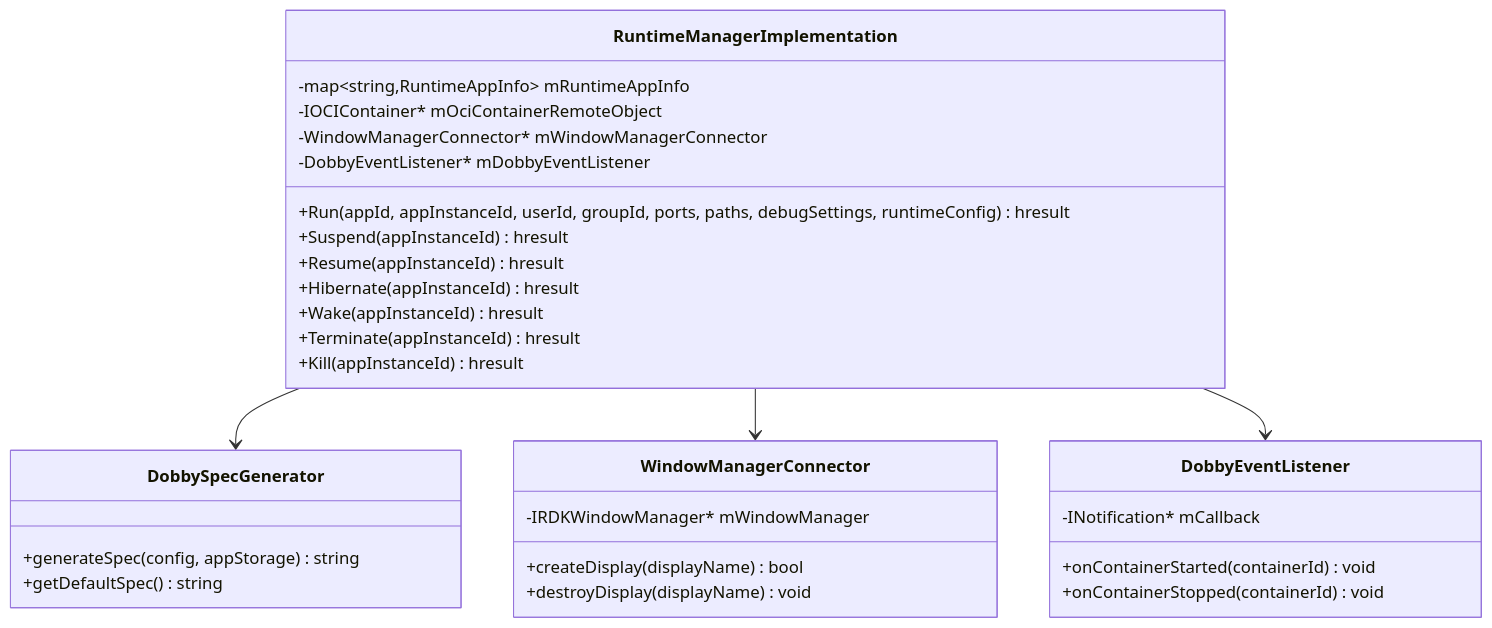
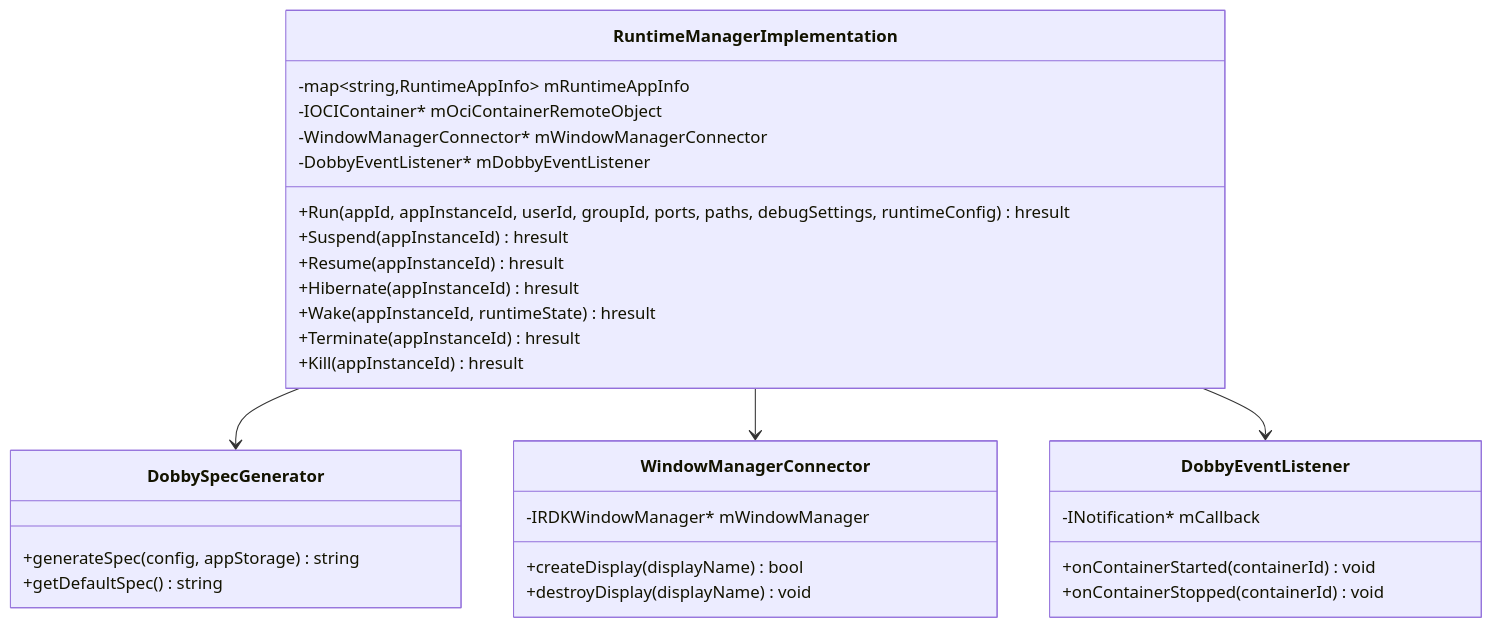
The second of 5 diagrams in RuntimeManager/RuntimeManager.md (rdkcentral/entservices-appmanagers), drawn with Mermaid before and after one commit.

Commit message:
Potential fix for pull request finding

````diff
--- a/RuntimeManager/RuntimeManager.md
+++ b/RuntimeManager/RuntimeManager.md
@@ -64,37 +64,37 @@
 ```mermaid
 classDiagram
     class RuntimeManagerImplementation {
         -map~string,RuntimeAppInfo~ mRuntimeAppInfo
         -IOCIContainer* mOciContainerRemoteObject
         -WindowManagerConnector* mWindowManagerConnector
         -DobbyEventListener* mDobbyEventListener
         +Run(appId, appInstanceId, userId, groupId, ports, paths, debugSettings, runtimeConfig) hresult
         +Suspend(appInstanceId) hresult
         +Resume(appInstanceId) hresult
         +Hibernate(appInstanceId) hresult
-        +Wake(appInstanceId) hresult
+        +Wake(appInstanceId, runtimeState) hresult
         +Terminate(appInstanceId) hresult
         +Kill(appInstanceId) hresult
     }
 
     class DobbySpecGenerator {
         +generateSpec(config, appStorage) string
         +getDefaultSpec() string
     }
 
     class WindowManagerConnector {
         -IRDKWindowManager* mWindowManager
         +createDisplay(displayName) bool
         +destroyDisplay(displayName) void
     }
 
     class DobbyEventListener {
         -INotification* mCallback
         +onContainerStarted(containerId) void
         +onContainerStopped(containerId) void
     }
 
     RuntimeManagerImplementation --> DobbySpecGenerator
     RuntimeManagerImplementation --> WindowManagerConnector
     RuntimeManagerImplementation --> DobbyEventListener
 ```
````
